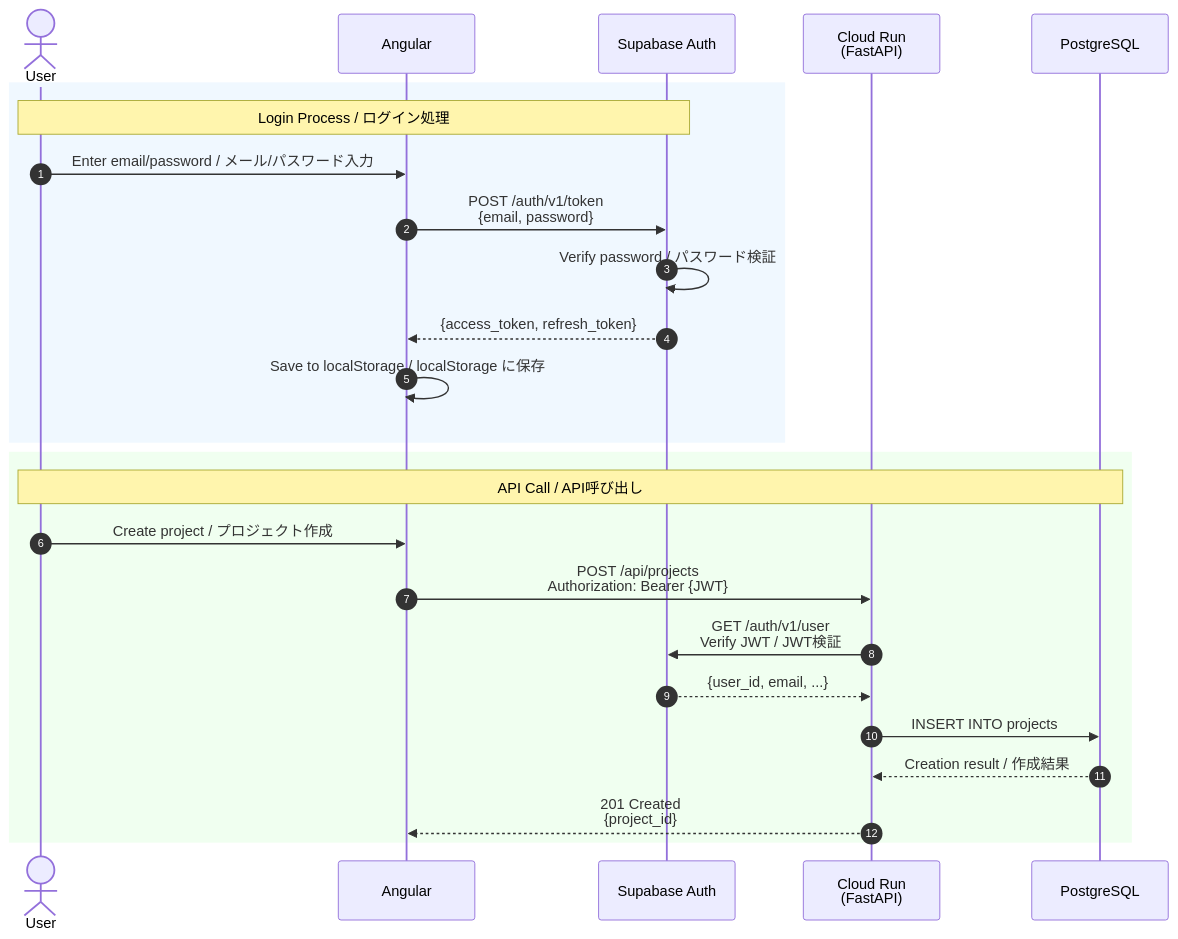
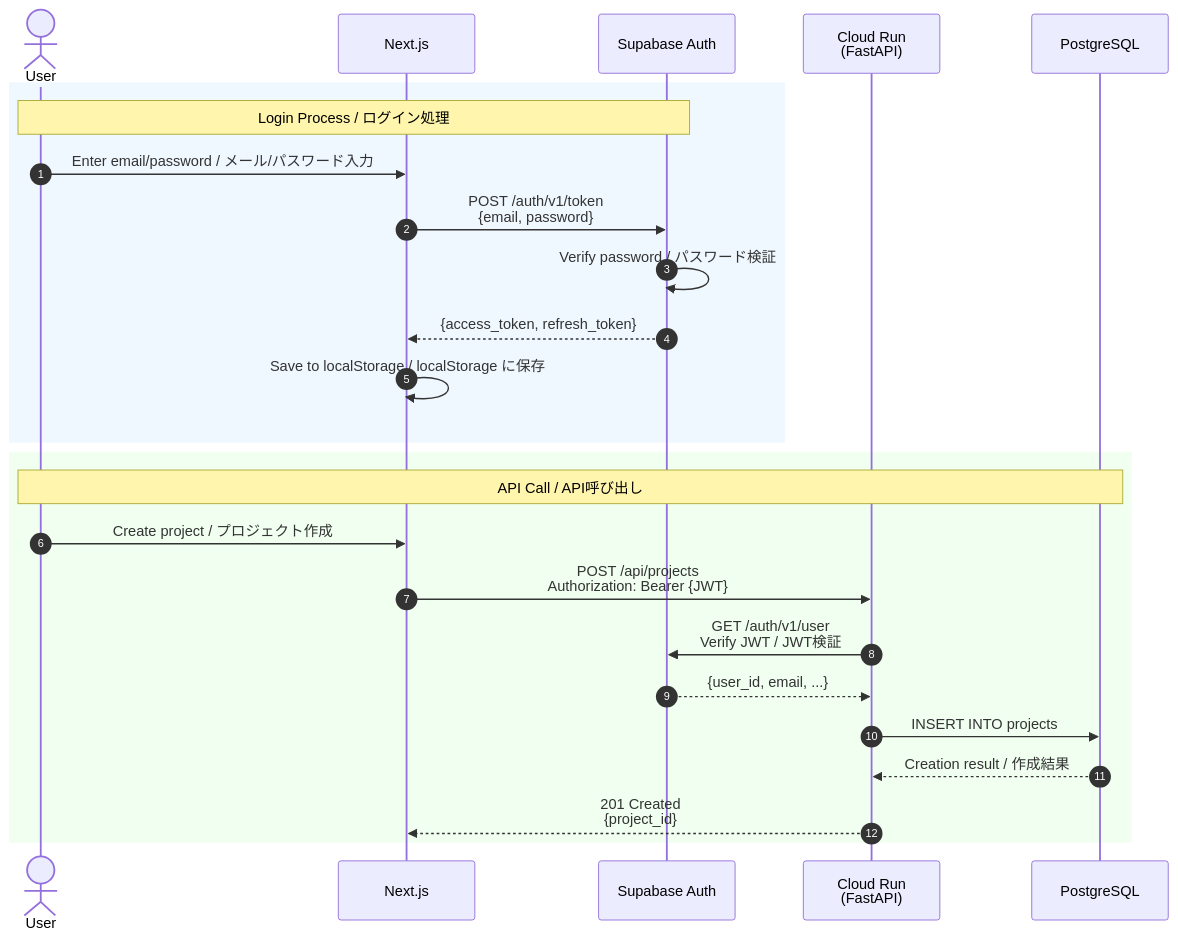
Before and after one commit to PhamDuBin/pep: the diagram in docs/architecture/auth.md, drawn with Mermaid. The commit also changed 4 other files, not shown here.

````diff
--- a/docs/architecture/auth.md
+++ b/docs/architecture/auth.md
@@ -11,29 +11,29 @@
 ```mermaid
 sequenceDiagram
     autonumber
     actor User
-    participant FE as Angular
+    participant FE as Next.js
     participant Auth as Supabase Auth
     participant API as Cloud Run<br/>(FastAPI)
     participant DB as PostgreSQL
 
     rect rgb(240, 248, 255)
         Note over User, Auth: Login Process / ログイン処理
         User->>FE: Enter email/password / メール/パスワード入力
         FE->>Auth: POST /auth/v1/token<br/>{email, password}
         Auth->>Auth: Verify password / パスワード検証
         Auth-->>FE: {access_token, refresh_token}
         FE->>FE: Save to localStorage / localStorage に保存
     end
 
     rect rgb(240, 255, 240)
         Note over User, DB: API Call / API呼び出し
         User->>FE: Create project / プロジェクト作成
         FE->>API: POST /api/projects<br/>Authorization: Bearer {JWT}
         API->>Auth: GET /auth/v1/user<br/>Verify JWT / JWT検証
         Auth-->>API: {user_id, email, ...}
         API->>DB: INSERT INTO projects
         DB-->>API: Creation result / 作成結果
         API-->>FE: 201 Created<br/>{project_id}
     end
 ```
````
